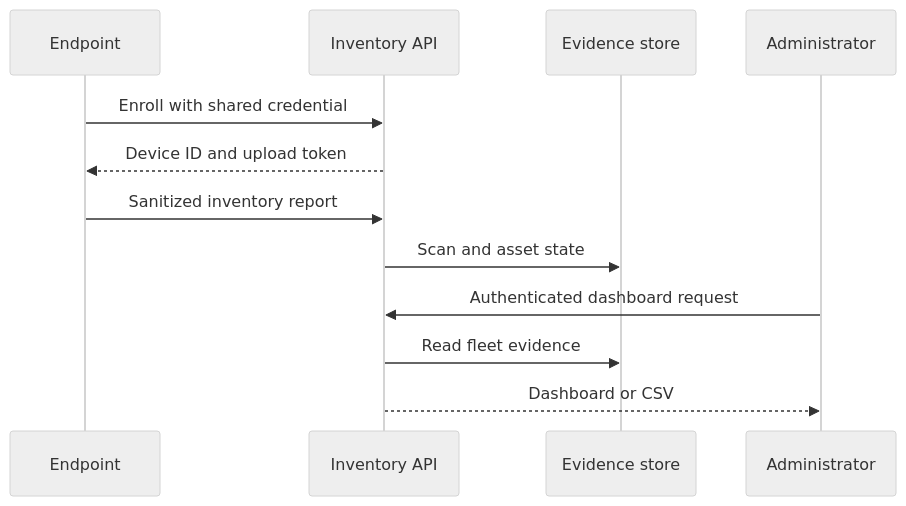
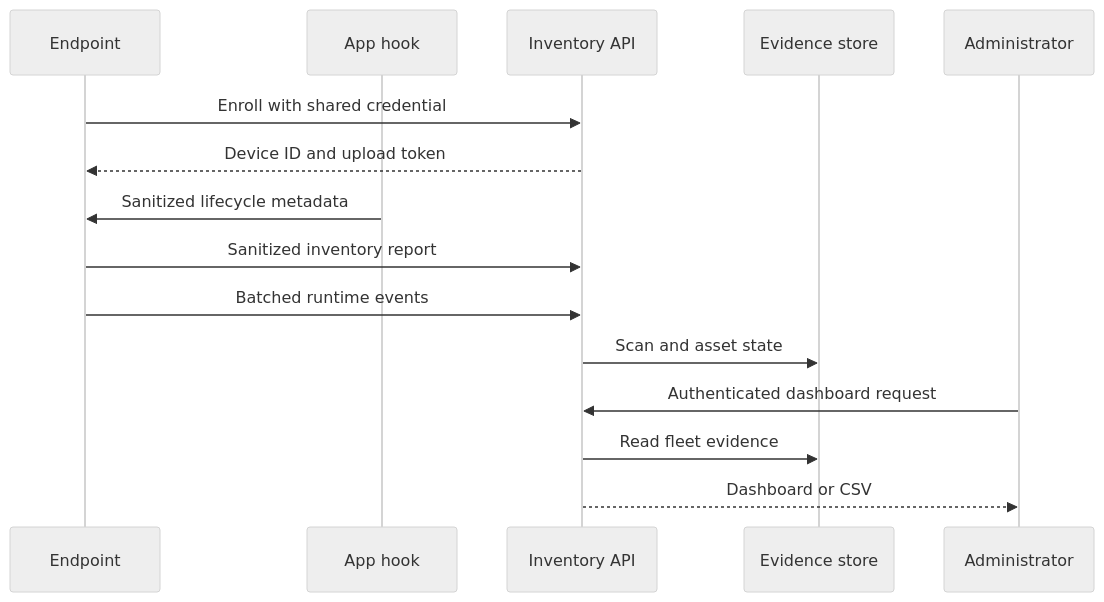
One commit to edgedisco/edgedisco changed the diagram in docs/architecture.md. Above: the diagram before and after it, drawn with Mermaid (neutral theme). The commit also changed other lines of this file and 27 other files, not shown here.

````diff
--- a/docs/architecture.md
+++ b/docs/architecture.md
@@ -27,14 +31,17 @@
 ```mermaid
 sequenceDiagram
   participant E as Endpoint
+  participant H as App hook
   participant API as Inventory API
   participant DB as Evidence store
   participant A as Administrator
   E->>API: Enroll with shared credential
   API-->>E: Device ID and upload token
+  H->>E: Sanitized lifecycle metadata
   E->>API: Sanitized inventory report
+  E->>API: Batched runtime events
   API->>DB: Scan and asset state
   A->>API: Authenticated dashboard request
   API->>DB: Read fleet evidence
   API-->>A: Dashboard or CSV
 ```
````
